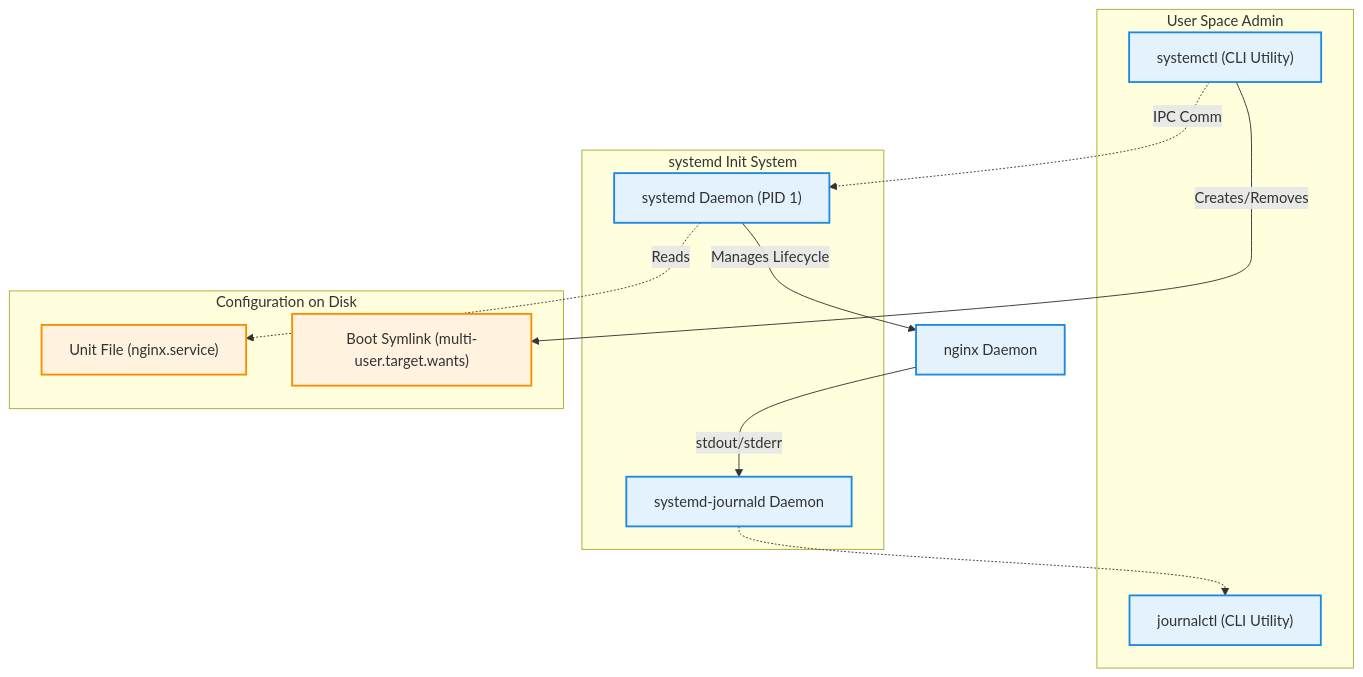
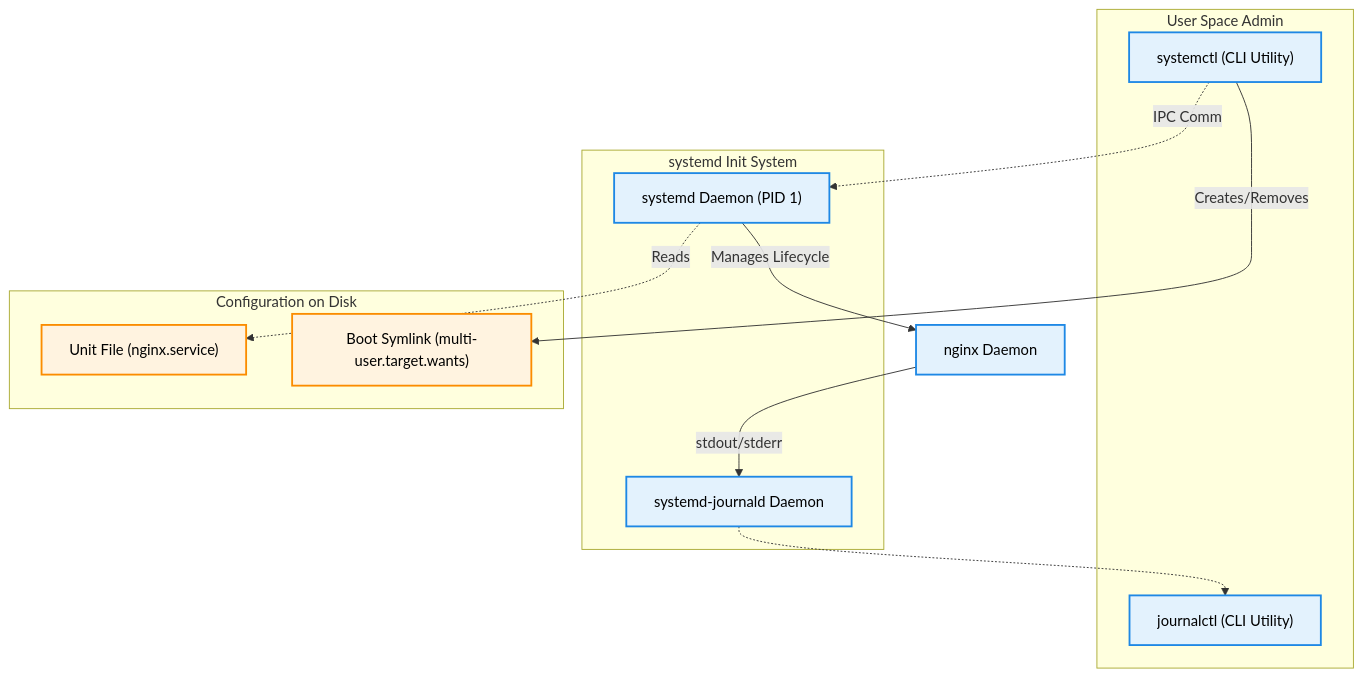
The diagram in courses/platform-engineering/modules/module-02/lesson-04.md (aloysiuspattath/platform-engineering-ai-course), drawn with Mermaid before and after one commit. The commit also changed 53 other files, not shown here.

Commit message:
fix: enforce high-contrast black text on mermaid diagram fills for dark mode readability

````diff
--- a/courses/platform-engineering/modules/module-02/lesson-04.md
+++ b/courses/platform-engineering/modules/module-02/lesson-04.md
@@ -87,28 +87,28 @@
 ```mermaid
 flowchart TD
-    classDef userSpace fill:#e3f2fd,stroke:#1e88e5,stroke-width:2px;
-    classDef kernelSpace fill:#e8f5e9,stroke:#43a047,stroke-width:2px;
-    classDef file fill:#fff3e0,stroke:#fb8c00,stroke-width:2px;
+    classDef userSpace fill:#e3f2fd,stroke:#1e88e5,stroke-width:2px,color:#000000;
+    classDef kernelSpace fill:#e8f5e9,stroke:#43a047,stroke-width:2px,color:#000000;
+    classDef file fill:#fff3e0,stroke:#fb8c00,stroke-width:2px,color:#000000;
 
     subgraph Management [User Space Admin]
         SYSCTL["systemctl (CLI Utility)"]:::userSpace
         JOURNCTL["journalctl (CLI Utility)"]:::userSpace
     end
 
     subgraph SystemdCore [systemd Init System]
         SYSTEMD["systemd Daemon (PID 1)"]:::userSpace
         JOURNALD["systemd-journald Daemon"]:::userSpace
     end
 
     subgraph Configs [Configuration on Disk]
         UNIT["Unit File (nginx.service)"]:::file
         SYMLINK["Boot Symlink (multi-user.target.wants)"]:::file
     end
 
     SYSCTL -.->|IPC Comm| SYSTEMD
     SYSTEMD -.->|Reads| UNIT
     SYSCTL -->|Creates/Removes| SYMLINK
     SYSTEMD -->|Manages Lifecycle| DAEMON["nginx Daemon"]:::userSpace
     DAEMON -->|stdout/stderr| JOURNALD
     JOURNALD -.-> JOURNCTL
 ```
````
